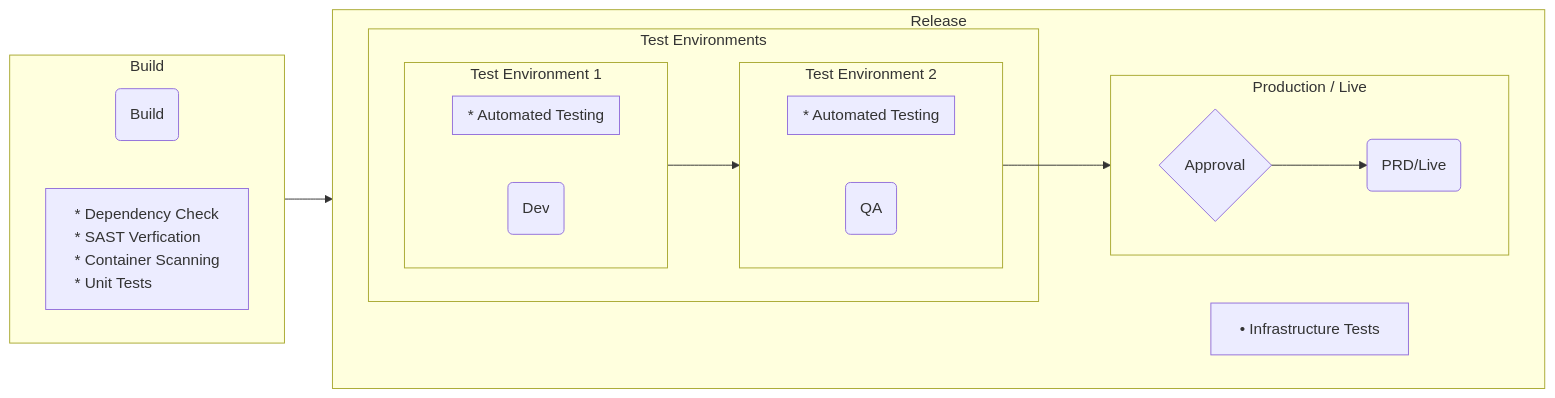
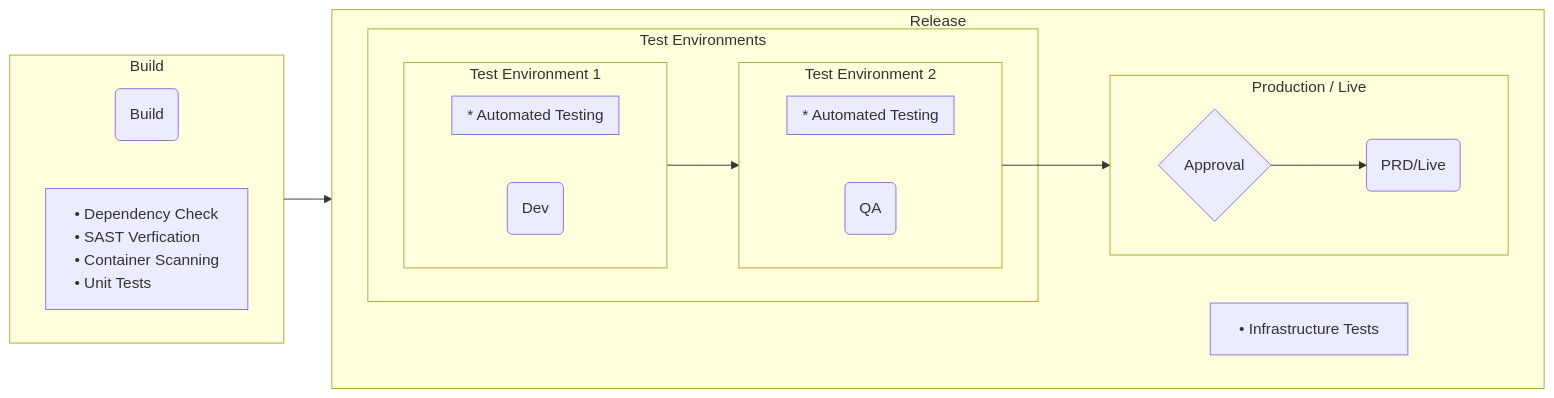
Before and after one commit to UKHO/docs: the diagram in software-engineering-policies/Pipelines/Baseline_Policy.md, drawn with Mermaid.

````diff
--- a/software-engineering-policies/Pipelines/Baseline_Policy.md
+++ b/software-engineering-policies/Pipelines/Baseline_Policy.md
@@ -15,45 +15,45 @@
 ```mermaid
 flowchart LR
     buildNode(Build)
     testEnv1Node(Dev)
     testEnvnNode(QA)
     approvalNode{Approval}
     prdNode(PRD/Live)
     infrastructureTestsNode[" #bull; Infrastructure Tests"]
     style infrastructureTestsNode align: left
-    buildChecks[" * Dependency Check\n * SAST Verfication\n * Container Scanning\n * Unit Tests"]
+    buildChecks[" #bull; Dependency Check\n #bull; SAST Verfication\n #bull; Container Scanning\n #bull; Unit Tests"]
     style buildChecks text-align:left; 
     subgraph sgBuild[Build]
     direction LR
         buildNode
         buildChecks
     end
 
   subgraph sgRelease[Release]
     direction LR
     subgraph sgPreProd[Test Environments\n\n]
         subgraph sgDev[Test Environment 1]
             direction LR
             testEnv1Node
             subgraph sgDevChecks[" * Automated Testing"]
             end 
         end
     subgraph sgQa[Test Environment 2]
         direction LR
         testEnvnNode
         subgraph sgQaChecks[" * Automated Testing"]
         end 
     end
     end
     subgraph sgPrd[Production / Live]
         direction LR
         approvalNode
         prdNode
     end
     infrastructureTestsNode
   end
   buildNode --> testEnv1Node
   testEnv1Node --> testEnvnNode
   testEnvnNode --> approvalNode
   approvalNode --> prdNode
 ```
````
